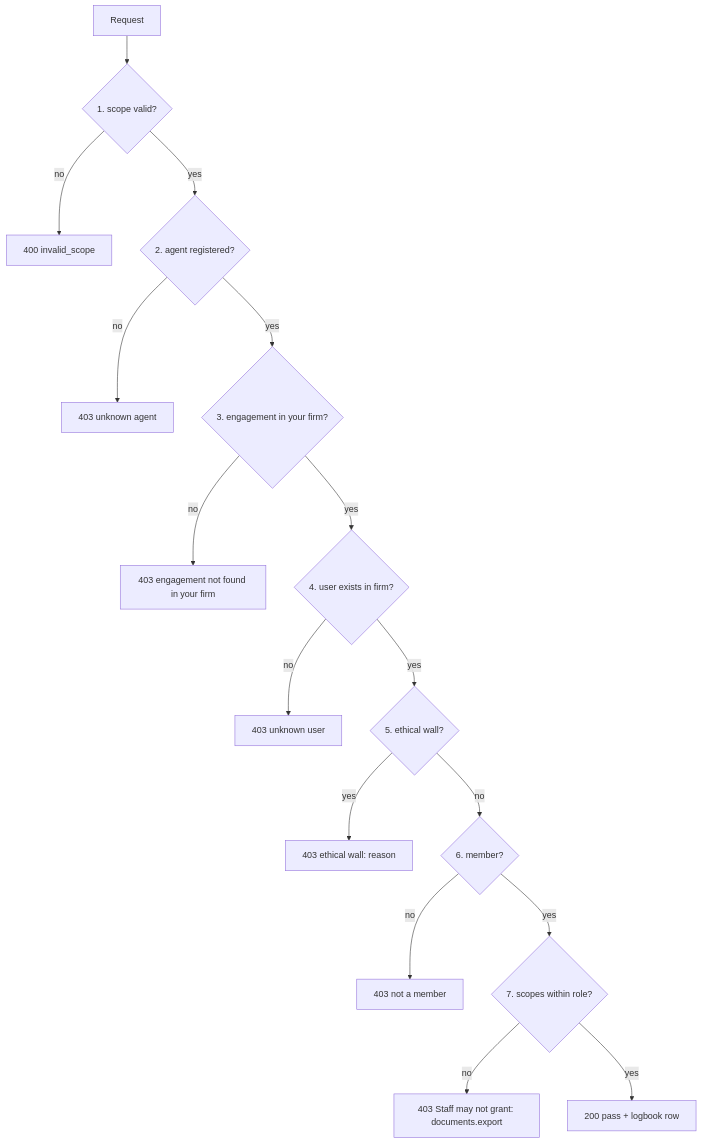
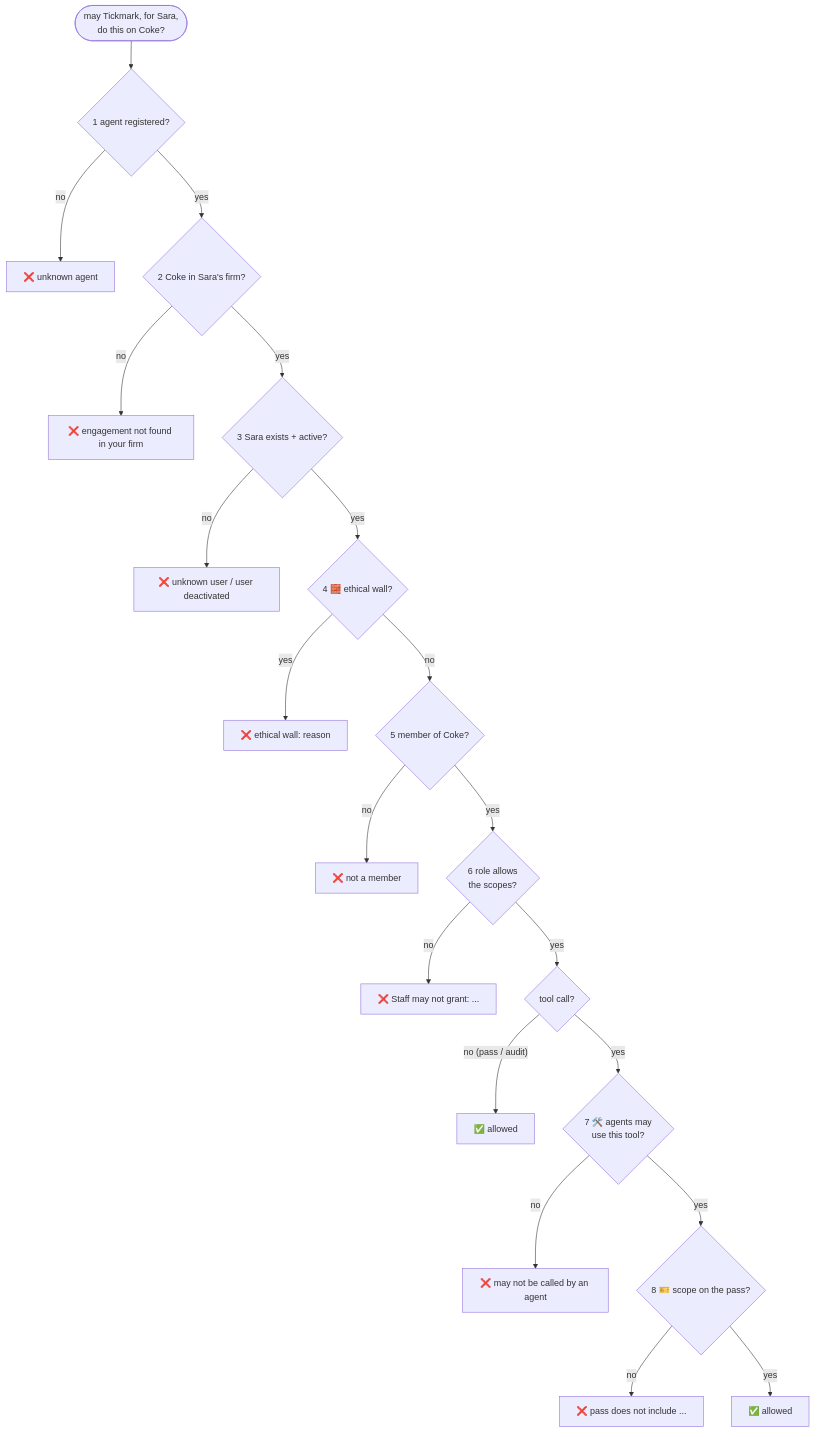
One commit to musishere/Warden-tickmark changed the tenth of 24 diagrams in warden/docs/how-it-works.md. Above: the diagram before and after it, drawn with Mermaid. The commit also changed other lines of this file and 16 other files, not shown here.

````diff
--- a/warden/docs/how-it-works.md
+++ b/warden/docs/how-it-works.md
@@ -334,18 +475,22 @@
 ```mermaid
 flowchart TD
-    S[Request] --> C1{1. scope valid?}
-    C1 -->|no| E400[400 invalid_scope]
-    C1 -->|yes| C2{2. agent registered?}
-    C2 -->|no| D1[403 unknown agent]
-    C2 -->|yes| C3{3. engagement in your firm?}
-    C3 -->|no| D2[403 engagement not found in your firm]
-    C3 -->|yes| C4{4. user exists in firm?}
-    C4 -->|no| D3[403 unknown user]
-    C4 -->|yes| C5{5. ethical wall?}
-    C5 -->|yes| D4[403 ethical wall: reason]
-    C5 -->|no| C6{6. member?}
-    C6 -->|no| D5[403 not a member]
-    C6 -->|yes| C7{7. scopes within role?}
-    C7 -->|no| D6[403 Staff may not grant: documents.export]
-    C7 -->|yes| OK[200 pass + logbook row]
+    Start(["may Tickmark, for Sara,<br/>do this on Coke?"]) --> Q1{"1 agent registered?"}
+    Q1 -->|no| X1["❌ unknown agent"]
+    Q1 -->|yes| Q2{"2 Coke in Sara's firm?"}
+    Q2 -->|no| X2["❌ engagement not found in your firm"]
+    Q2 -->|yes| Q3{"3 Sara exists + active?"}
+    Q3 -->|no| X3["❌ unknown user / user deactivated"]
+    Q3 -->|yes| Q4{"4 🧱 ethical wall?"}
+    Q4 -->|yes| X4["❌ ethical wall: reason"]
+    Q4 -->|no| Q5{"5 member of Coke?"}
+    Q5 -->|no| X5["❌ not a member"]
+    Q5 -->|yes| Q6{"6 role allows<br/>the scopes?"}
+    Q6 -->|no| X6["❌ Staff may not grant: ..."]
+    Q6 -->|yes| T{"tool call?"}
+    T -->|"no (pass / audit)"| OK1["✅ allowed"]
+    T -->|yes| Q7{"7 🛠️ agents may<br/>use this tool?"}
+    Q7 -->|no| X7["❌ may not be called by an agent"]
+    Q7 -->|yes| Q8{"8 🎫 scope on the pass?"}
+    Q8 -->|no| X8["❌ pass does not include ..."]
+    Q8 -->|yes| OK2["✅ allowed"]
 ```
````
